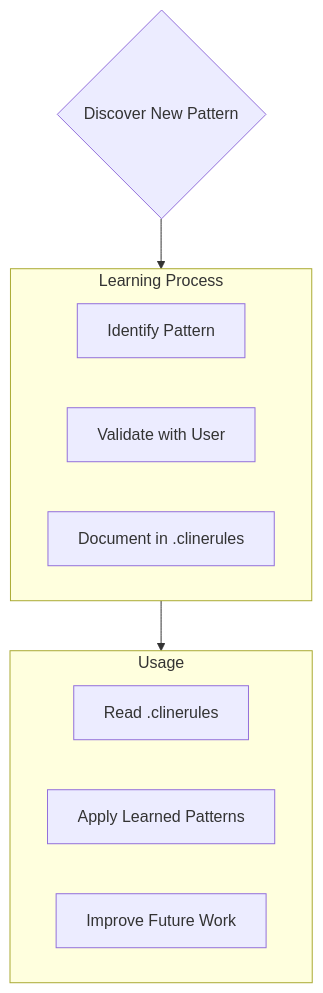
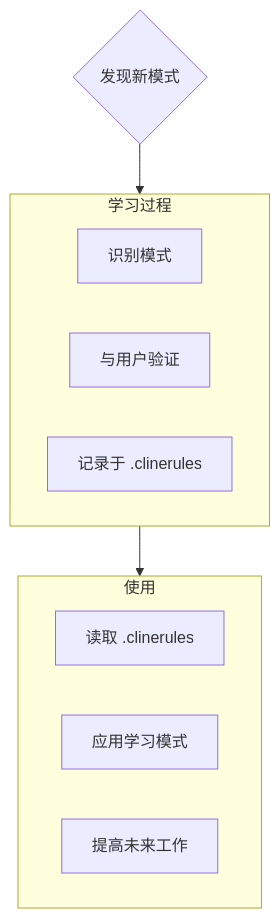
One commit to nkuacac/cline-chinese changed the fifth of 5 diagrams in docs/prompting/custom instructions library/raw-instructions/cline-memory-bank.md. Above: the diagram before and after it, drawn with Mermaid. The commit also changed other lines of this file and 29 other files, not shown here.

````diff
--- a/docs/prompting/custom instructions library/raw-instructions/cline-memory-bank.md
+++ b/docs/prompting/custom instructions library/raw-instructions/cline-memory-bank.md
@@ -123,19 +123,19 @@
 ```mermaid
 flowchart TD
-    Start{Discover New Pattern}
+    Start{发现新模式}
     
-    subgraph Learn [Learning Process]
-        D1[Identify Pattern]
-        D2[Validate with User]
-        D3[Document in .clinerules]
+    subgraph Learn [学习过程]
+        D1[识别模式]
+        D2[与用户验证]
+        D3[记录于 .clinerules]
     end
     
-    subgraph Apply [Usage]
-        A1[Read .clinerules]
-        A2[Apply Learned Patterns]
-        A3[Improve Future Work]
+    subgraph Apply [使用]
+        A1[读取 .clinerules]
+        A2[应用学习模式]
+        A3[提高未来工作]
     end
     
     Start --> Learn
     Learn --> Apply
 ```
````
